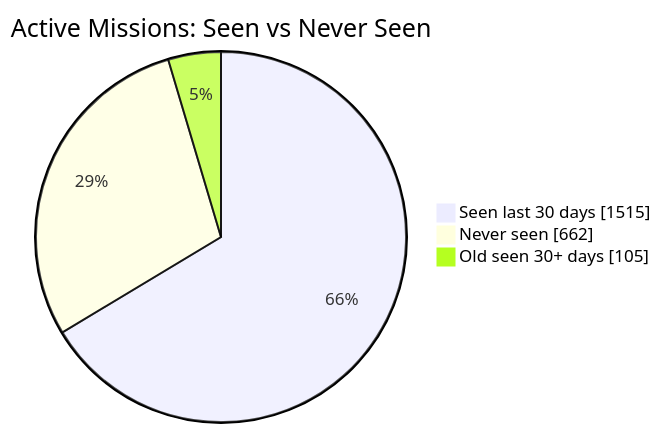
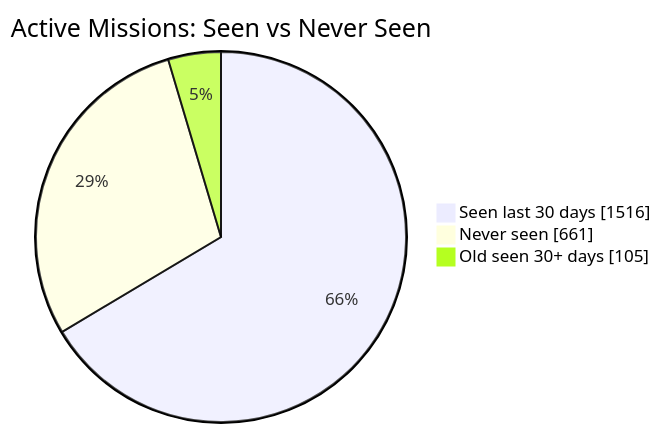
The first of 2 diagrams in README.md (MeldkamerspelGameTeam/active-missions), drawn with Mermaid before and after one commit. The commit also changed other lines of this file and 2 other files, not shown here.

````diff
--- a/README.md
+++ b/README.md
@@ -34,7 +34,7 @@
 ```mermaid
 pie showData
     title Active Missions: Seen vs Never Seen
-    "Seen last 30 days" : 1515
-    "Never seen" : 662
+    "Seen last 30 days" : 1516
+    "Never seen" : 661
     "Old seen 30+ days" : 105
 ```
````
